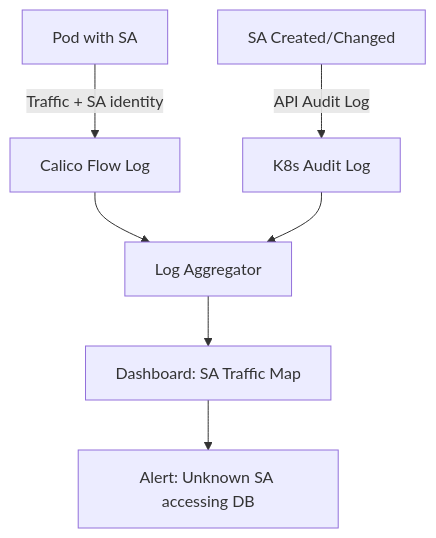
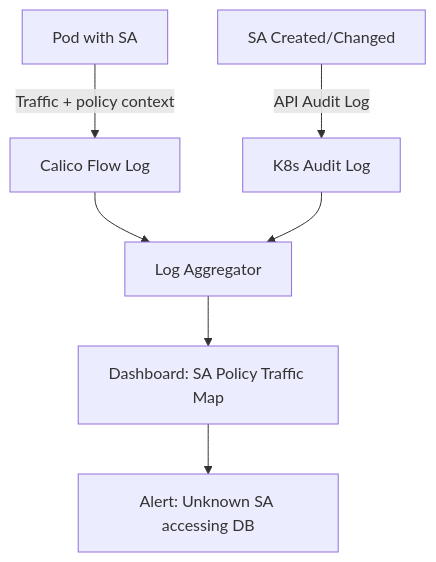
The diagram in posts/2026-03-13-log-audit-service-account-policies-calico/README.md (OneUptime/blog), drawn with Mermaid before and after one commit. The commit also changed other lines of this file and 2 other files, not shown here.

Commit message:
validate: 2026-03-13-log-audit-service-account-policies-calico

````diff
--- a/posts/2026-03-13-log-audit-service-account-policies-calico/README.md
+++ b/posts/2026-03-13-log-audit-service-account-policies-calico/README.md
@@ -87,9 +96,9 @@
 ```mermaid
 flowchart TD
-    A[Pod with SA] -->|Traffic + SA identity| B[Calico Flow Log]
+    A[Pod with SA] -->|Traffic + policy context| B[Calico Flow Log]
     C[SA Created/Changed] -->|API Audit Log| D[K8s Audit Log]
     B --> E[Log Aggregator]
     D --> E
-    E --> F[Dashboard: SA Traffic Map]
+    E --> F[Dashboard: SA Policy Traffic Map]
     F --> G[Alert: Unknown SA accessing DB]
 ```
````
